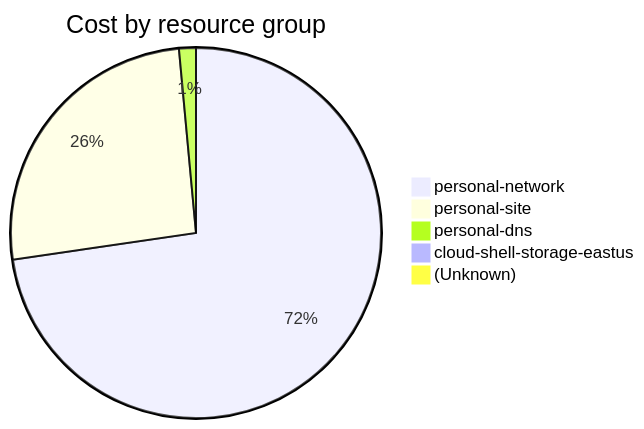
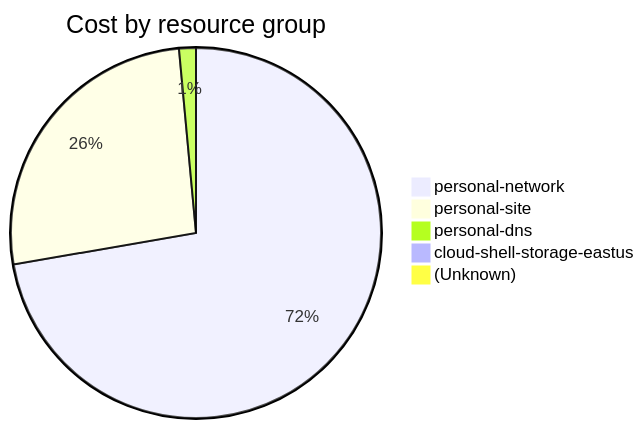
Before and after one commit to jpfulton/azure-personal-reports: the fourth of 4 diagrams in cost-reports/accumulated-cost.md, drawn with Mermaid. The commit also changed other lines of this file and 4 other files, not shown here.

````diff
--- a/cost-reports/accumulated-cost.md
+++ b/cost-reports/accumulated-cost.md
@@ -155,9 +155,9 @@
 ```mermaid
 pie
    title Cost by resource group
-   "personal-network" : 9.88
-   "personal-site" : 3.51
-   "personal-dns" : 0.20
-   "cloud-shell-storage-eastus" : 0.06
-   "(Unknown)" : 0.05
+   "personal-network" : 11.32
+   "personal-site" : 4.11
+   "personal-dns" : 0.23
+   "cloud-shell-storage-eastus" : 0.07
+   "(Unknown)" : 0.06
 ```
````
